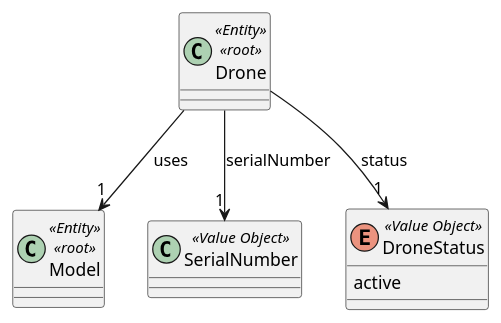
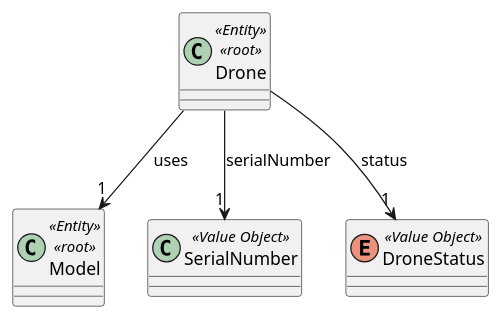
One commit to diogoveirospro/sem4pi-2024-2025-sem4pi_2024_2025_g44 changed the diagram in docs/SPRINT_2/US243/puml/domain_model_us243.puml. Above: the diagram before and after it, drawn with PlantUML. The commit also changed 7 other files, not shown here.

```diff
--- a/docs/SPRINT_2/US243/puml/domain_model_us243.puml
+++ b/docs/SPRINT_2/US243/puml/domain_model_us243.puml
@@ -1,22 +1,21 @@
 @startuml
 'https://plantuml.com/sequence-diagram
  class Model <<Entity>> <<root>>{
     }
 
 
   class Drone <<Entity>> <<root>>{
     }
 
     class SerialNumber <<Value Object>>{
     }
 
     enum DroneStatus <<Value Object>>{
-    active
     }
 
     'Drone -> x
     Drone --> "1" DroneStatus: status
     Drone --> "1" SerialNumber: serialNumber
     Drone --> "1" Model: uses
 
 @enduml
```
